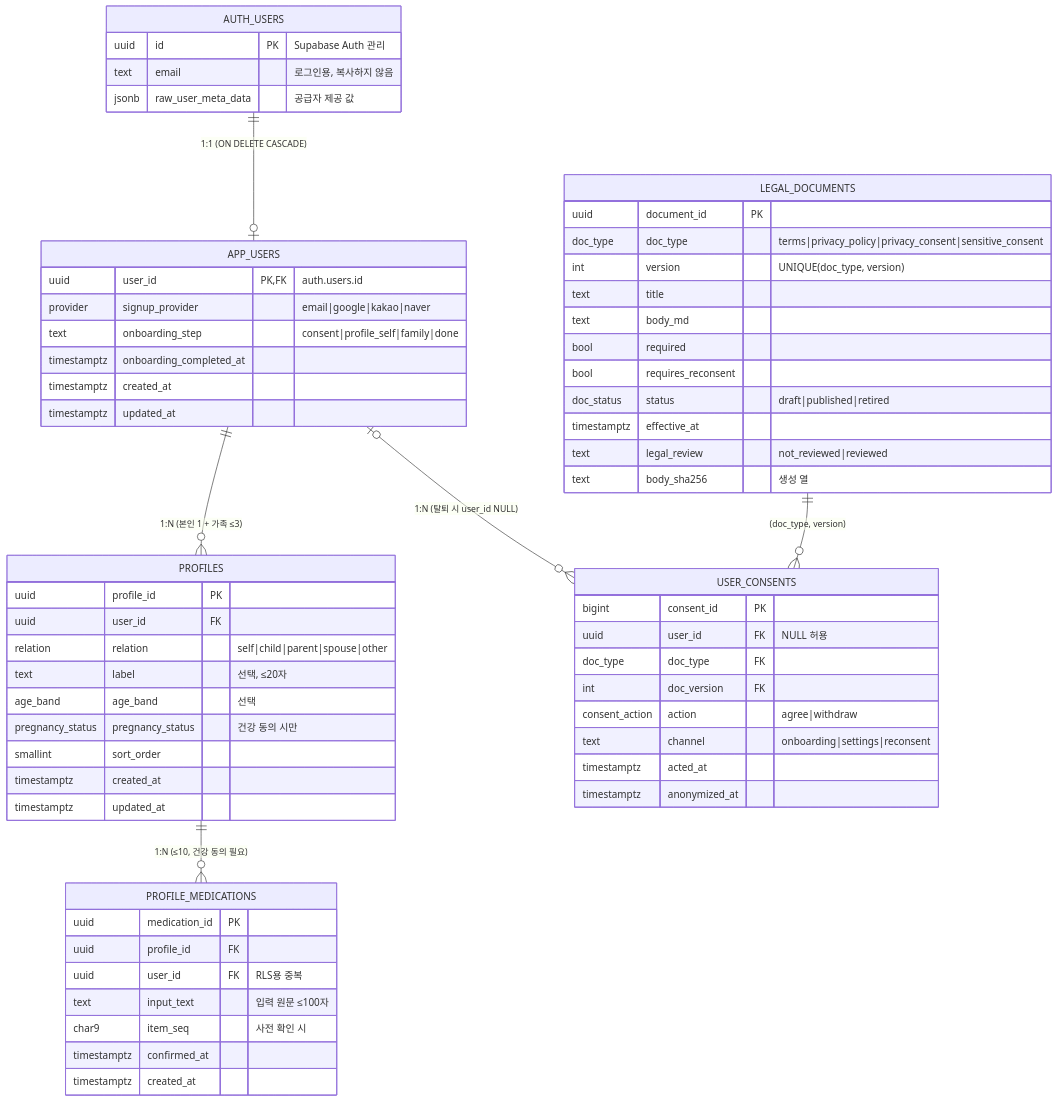
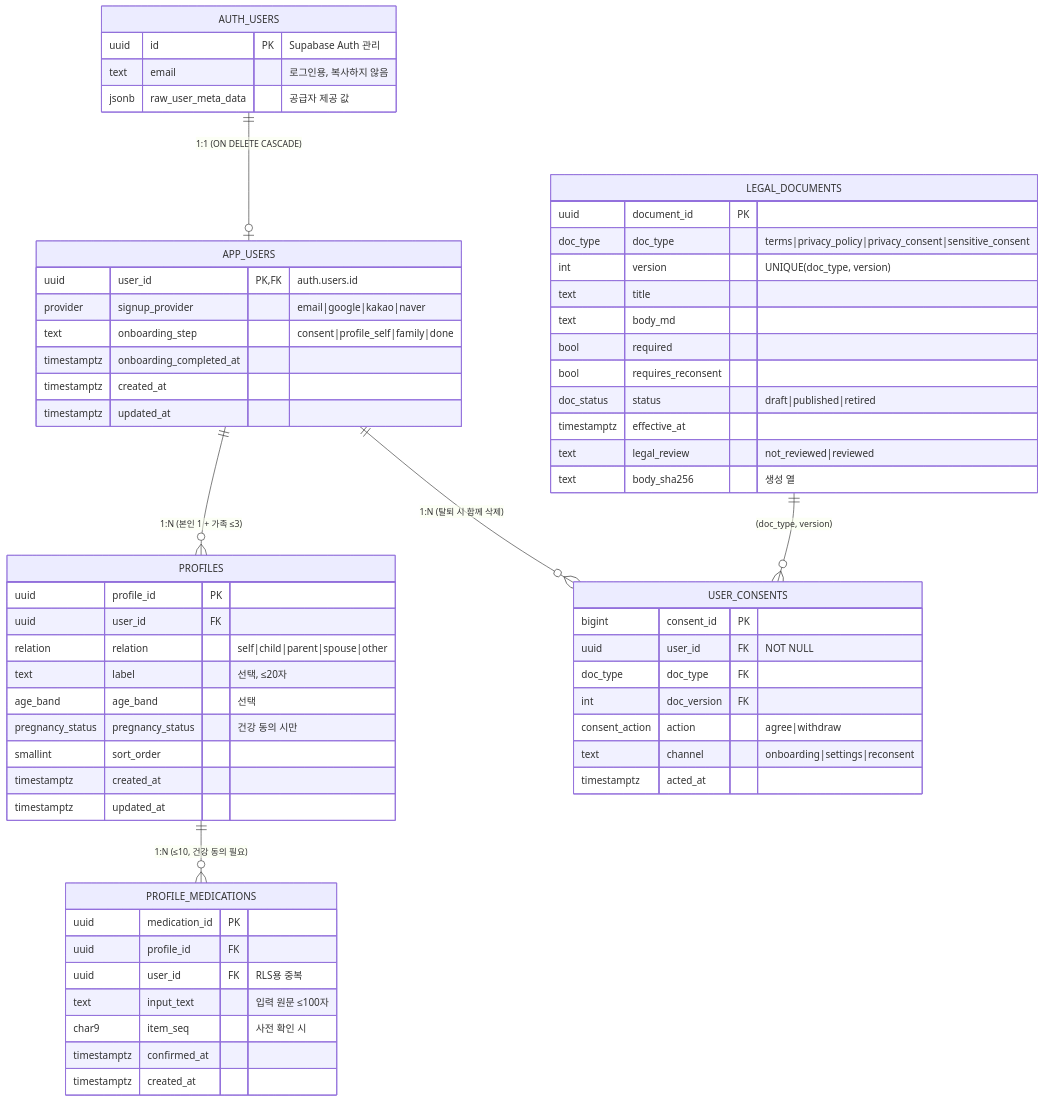
Before and after one commit to Todaraba-Edwin/P2-Medi: the diagram in P2-doc/PJ2-계정-프로필-데이터.md, drawn with Mermaid. The commit also changed other lines of this file and 1 other file, not shown here.

````diff
--- a/P2-doc/PJ2-계정-프로필-데이터.md
+++ b/P2-doc/PJ2-계정-프로필-데이터.md
@@ -110,65 +127,64 @@
 ```mermaid
 erDiagram
     AUTH_USERS ||--o| APP_USERS : "1:1 (ON DELETE CASCADE)"
     APP_USERS ||--o{ PROFILES : "1:N (본인 1 + 가족 ≤3)"
     PROFILES ||--o{ PROFILE_MEDICATIONS : "1:N (≤10, 건강 동의 필요)"
-    APP_USERS |o--o{ USER_CONSENTS : "1:N (탈퇴 시 user_id NULL)"
+    APP_USERS ||--o{ USER_CONSENTS : "1:N (탈퇴 시 함께 삭제)"
     LEGAL_DOCUMENTS ||--o{ USER_CONSENTS : "(doc_type, version)"
 
     AUTH_USERS {
         uuid id PK "Supabase Auth 관리"
         text email "로그인용, 복사하지 않음"
         jsonb raw_user_meta_data "공급자 제공 값"
     }
     APP_USERS {
         uuid user_id PK,FK "auth.users.id"
         provider signup_provider "email|google|kakao|naver"
         text onboarding_step "consent|profile_self|family|done"
         timestamptz onboarding_completed_at
         timestamptz created_at
         timestamptz updated_at
     }
     PROFILES {
         uuid profile_id PK
         uuid user_id FK
         relation relation "self|child|parent|spouse|other"
         text label "선택, ≤20자"
         age_band age_band "선택"
         pregnancy_status pregnancy_status "건강 동의 시만"
         smallint sort_order
         timestamptz created_at
         timestamptz updated_at
     }
     PROFILE_MEDICATIONS {
         uuid medication_id PK
         uuid profile_id FK
         uuid user_id FK "RLS용 중복"
         text input_text "입력 원문 ≤100자"
         char9 item_seq "사전 확인 시"
         timestamptz confirmed_at
         timestamptz created_at
     }
     LEGAL_DOCUMENTS {
         uuid document_id PK
         doc_type doc_type "terms|privacy_policy|privacy_consent|sensitive_consent"
         int version "UNIQUE(doc_type, version)"
         text title
         text body_md
         bool required
         bool requires_reconsent
         doc_status status "draft|published|retired"
         timestamptz effective_at
         text legal_review "not_reviewed|reviewed"
         text body_sha256 "생성 열"
     }
     USER_CONSENTS {
         bigint consent_id PK
-        uuid user_id FK "NULL 허용"
+        uuid user_id FK "NOT NULL"
         doc_type doc_type FK
         int doc_version FK
         consent_action action "agree|withdraw"
         text channel "onboarding|settings|reconsent"
         timestamptz acted_at
-        timestamptz anonymized_at
     }
 ```
````
